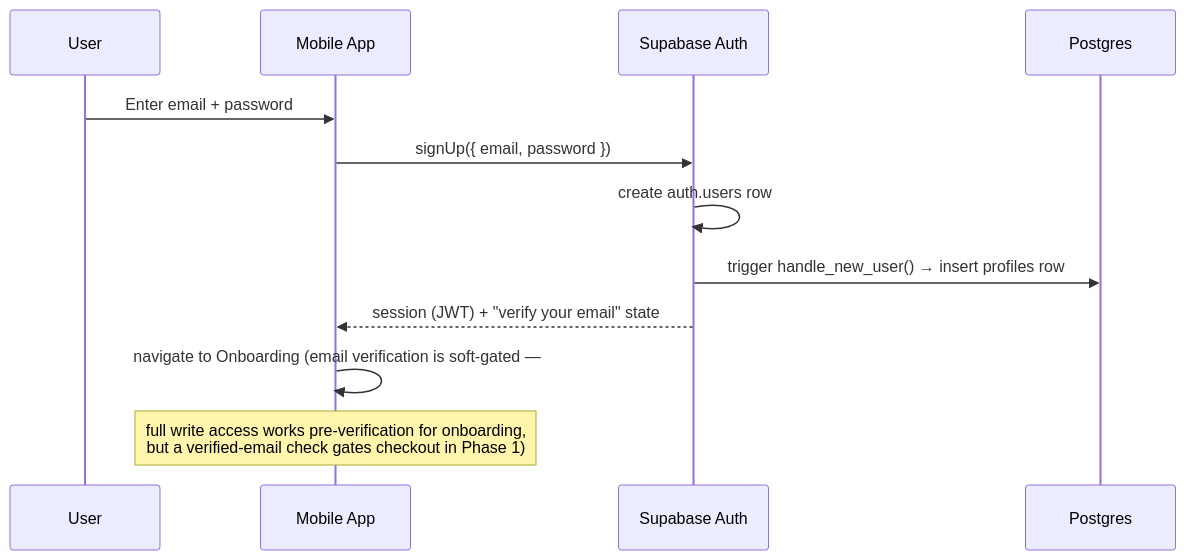
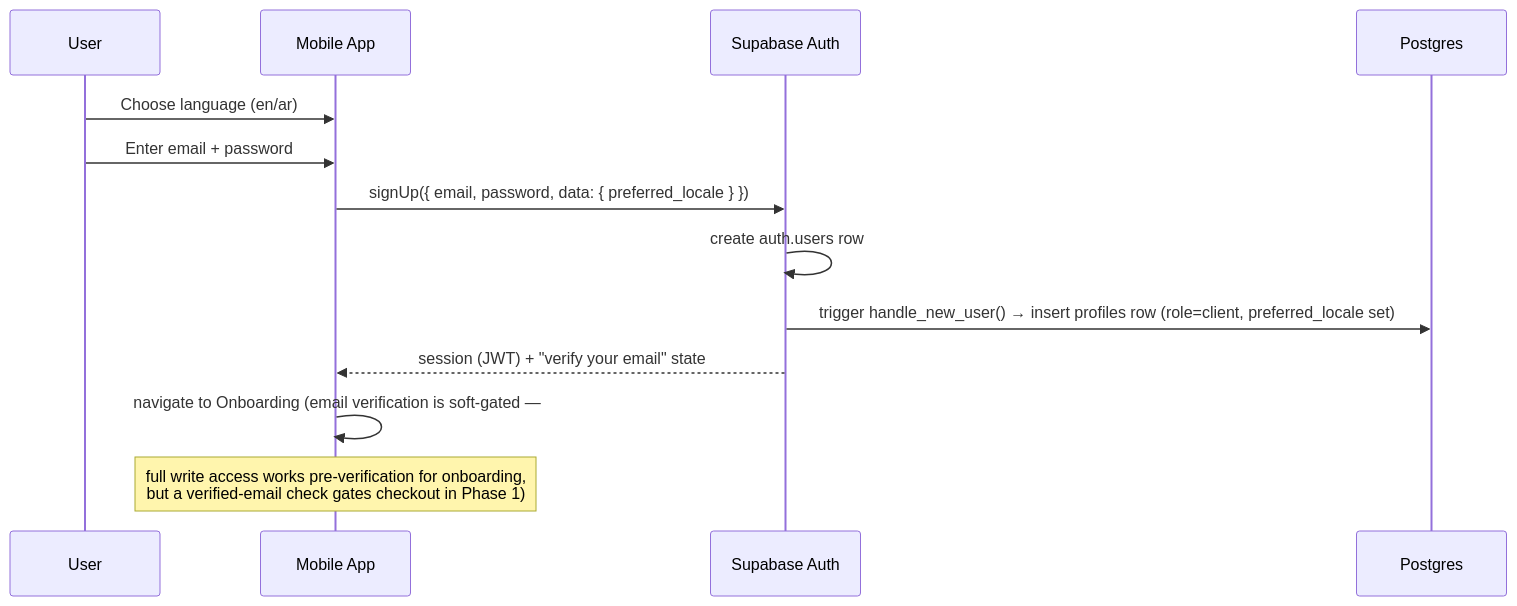
The first of 2 diagrams in docs/phase-1/09-authentication-flow.md (eslamshokryems-eng/ninth-round-system), drawn with Mermaid before and after one commit. The commit also changed other lines of this file and 112 other files, not shown here.

````diff
--- a/docs/phase-1/09-authentication-flow.md
+++ b/docs/phase-1/09-authentication-flow.md
@@ -7,15 +11,16 @@
 ```mermaid
 sequenceDiagram
     participant U as User
     participant App as Mobile App
     participant Auth as Supabase Auth
     participant DB as Postgres
 
+    U->>App: Choose language (en/ar)
     U->>App: Enter email + password
-    App->>Auth: signUp({ email, password })
+    App->>Auth: signUp({ email, password, data: { preferred_locale } })
     Auth->>Auth: create auth.users row
-    Auth->>DB: trigger handle_new_user() → insert profiles row
+    Auth->>DB: trigger handle_new_user() → insert profiles row (role=client, preferred_locale set)
     Auth-->>App: session (JWT) + "verify your email" state
     App->>App: navigate to Onboarding (email verification is soft-gated —
     Note over App: full write access works pre-verification for onboarding,<br/>but a verified-email check gates checkout in Phase 1)
 ```
````
